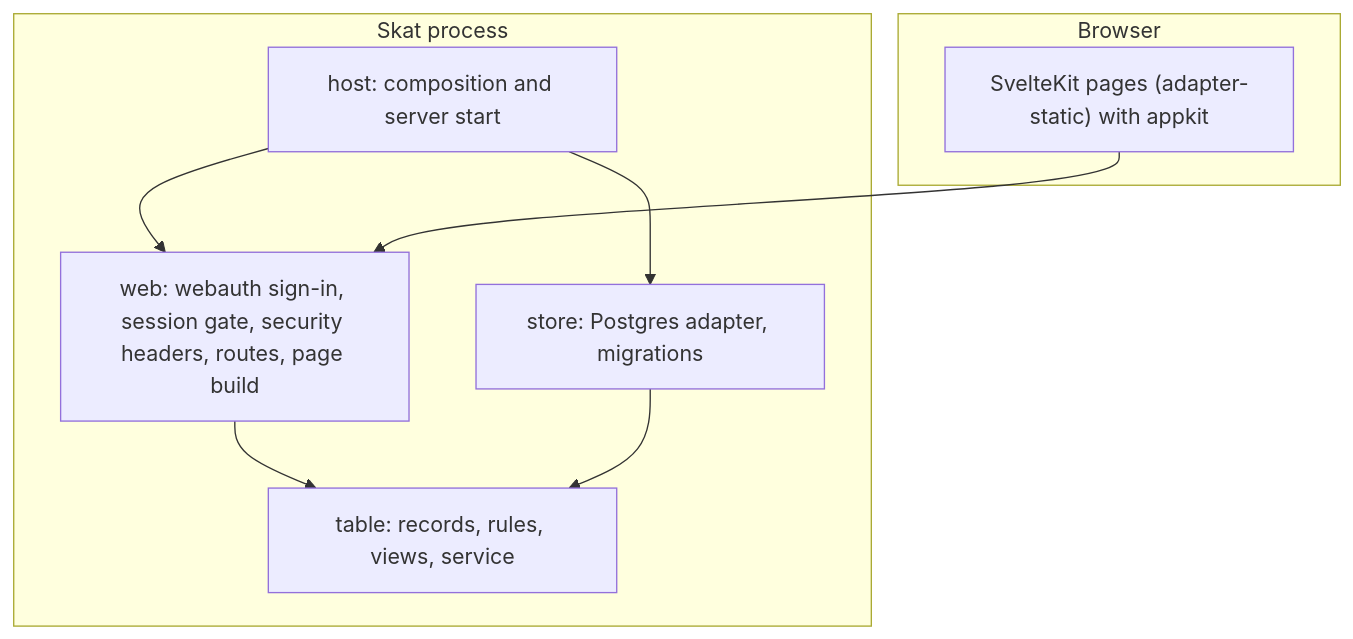
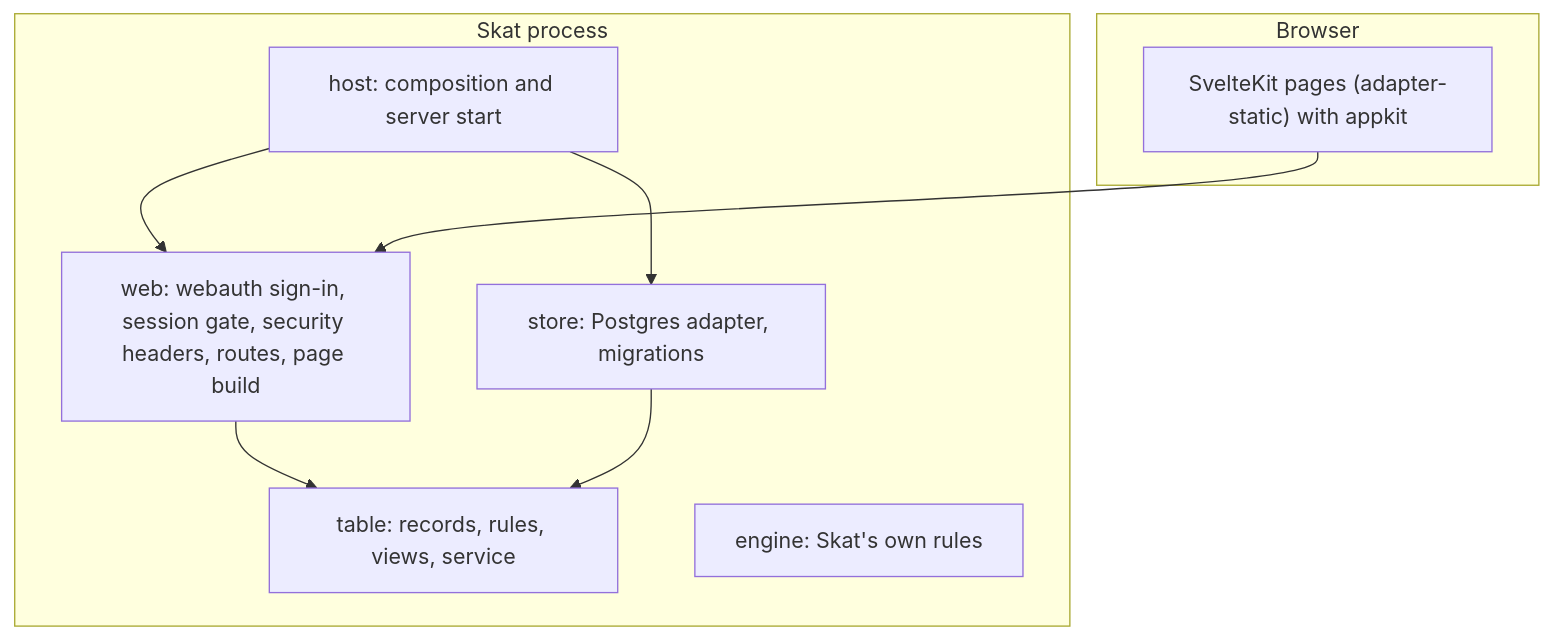
One commit to overnightworks/skat changed the second of 3 diagrams in docs/ARCHITECTURE.md. Above: the diagram before and after it, drawn with Mermaid. The commit also changed other lines of this file and 7 other files, not shown here.

First line of the commit message:
The rules engine's cards and deal (#29)

````diff
--- a/docs/ARCHITECTURE.md
+++ b/docs/ARCHITECTURE.md
@@ -20,17 +20,18 @@
 ```mermaid
 flowchart TB
     subgraph browser["Browser"]
         pages["SvelteKit pages (adapter-static) with appkit"]
     end
     subgraph process["Skat process"]
         host["host: composition and server start"]
         web["web: webauth sign-in, session gate, security headers, routes, page build"]
         store["store: Postgres adapter, migrations"]
         table["table: records, rules, views, service"]
+        engine["engine: Skat's own rules"]
         host --> web
         host --> store
         web --> table
         store --> table
     end
     pages --> web
 ```
````
